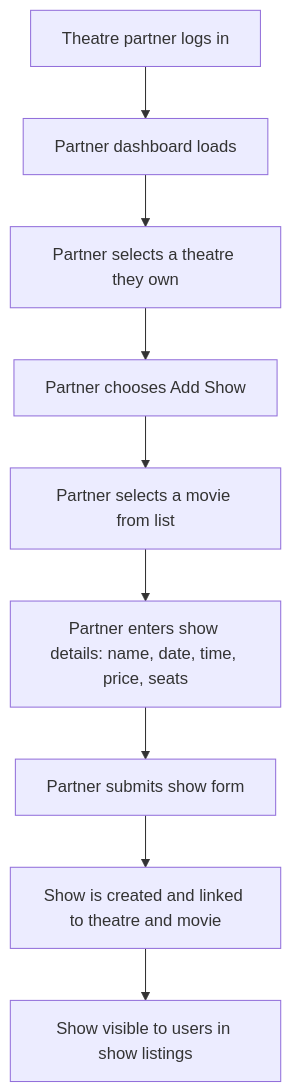
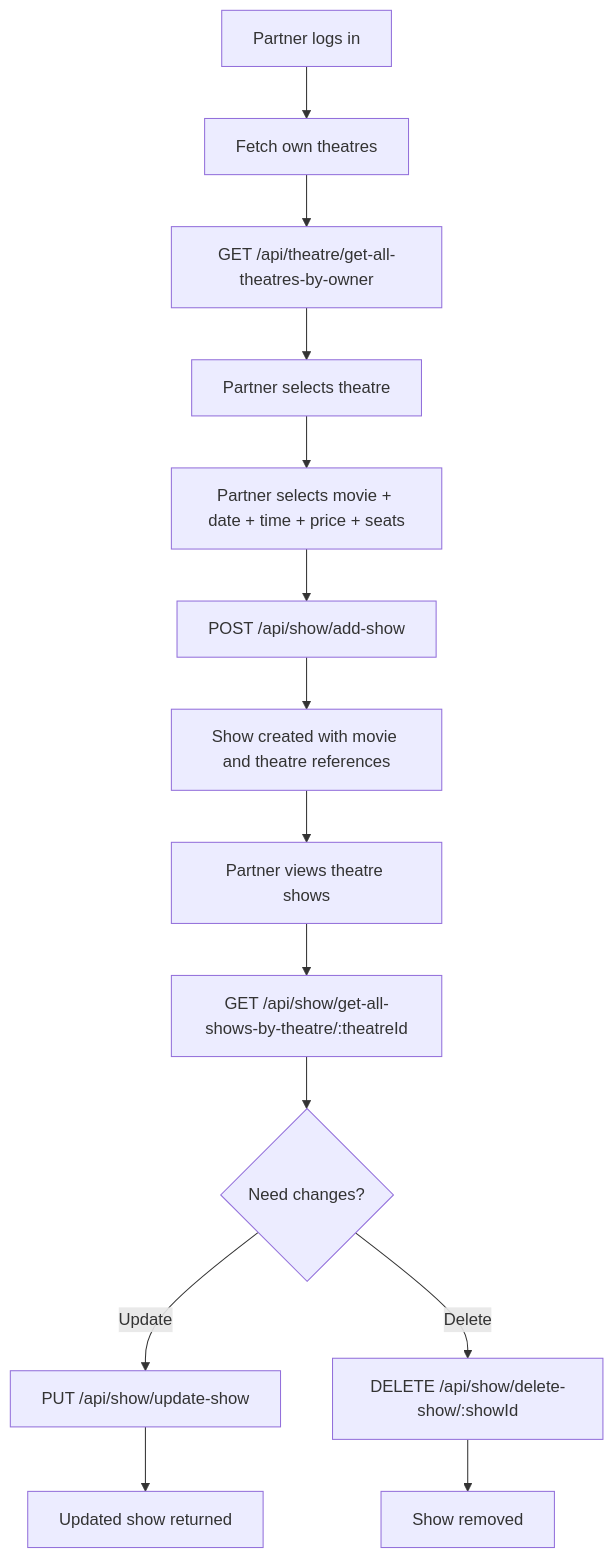
Before and after one commit to sanket-os/fullstack-capstone-project: the diagram in Server/Docs/Flows/AddingAShow.md, drawn with Mermaid. The commit also changed other lines of this file and 14 other files, not shown here.

Commit message:
backend check & flow diagrams

````diff
--- a/Server/Docs/Flows/AddingAShow.md
+++ b/Server/Docs/Flows/AddingAShow.md
@@ -1,11 +3,17 @@
 ```mermaid
 flowchart TD
-  A[Theatre partner logs in] --> B[Partner dashboard loads]
-  B --> C[Partner selects a theatre they own]
-  C --> D[Partner chooses Add Show]
-  D --> E[Partner selects a movie from list]
-  E --> F[Partner enters show details: name, date, time, price, seats]
-  F --> G[Partner submits show form]
-  G --> H[Show is created and linked to theatre and movie]
-  H --> I[Show visible to users in show listings]
+  A[Partner logs in] --> B[Fetch own theatres]
+  B --> C[GET /api/theatre/get-all-theatres-by-owner]
+  C --> D[Partner selects theatre]
+  D --> E[Partner selects movie + date + time + price + seats]
+  E --> F[POST /api/show/add-show]
+  F --> G[Show created with movie and theatre references]
+  G --> H[Partner views theatre shows]
+  H --> I[GET /api/show/get-all-shows-by-theatre/:theatreId]
+
+  I --> J{Need changes?}
+  J -->|Update| K[PUT /api/show/update-show]
+  J -->|Delete| L[DELETE /api/show/delete-show/:showId]
+  K --> M[Updated show returned]
+  L --> N[Show removed]
 ```
````
